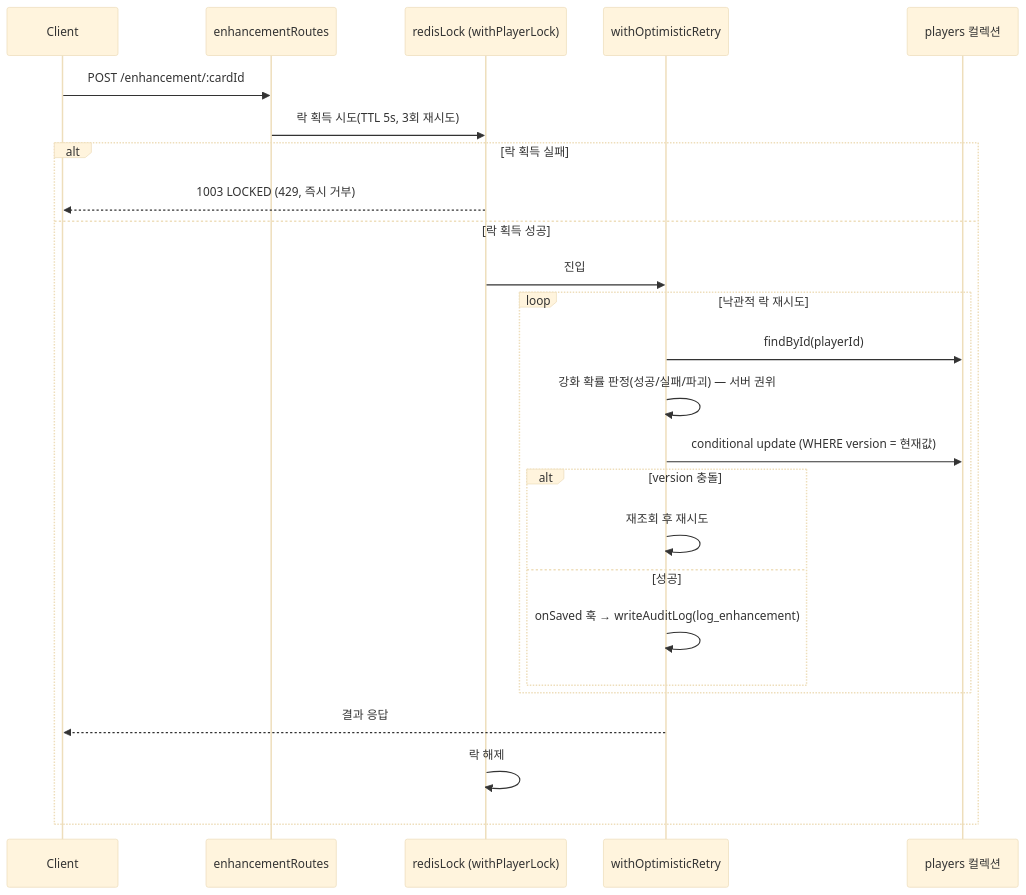
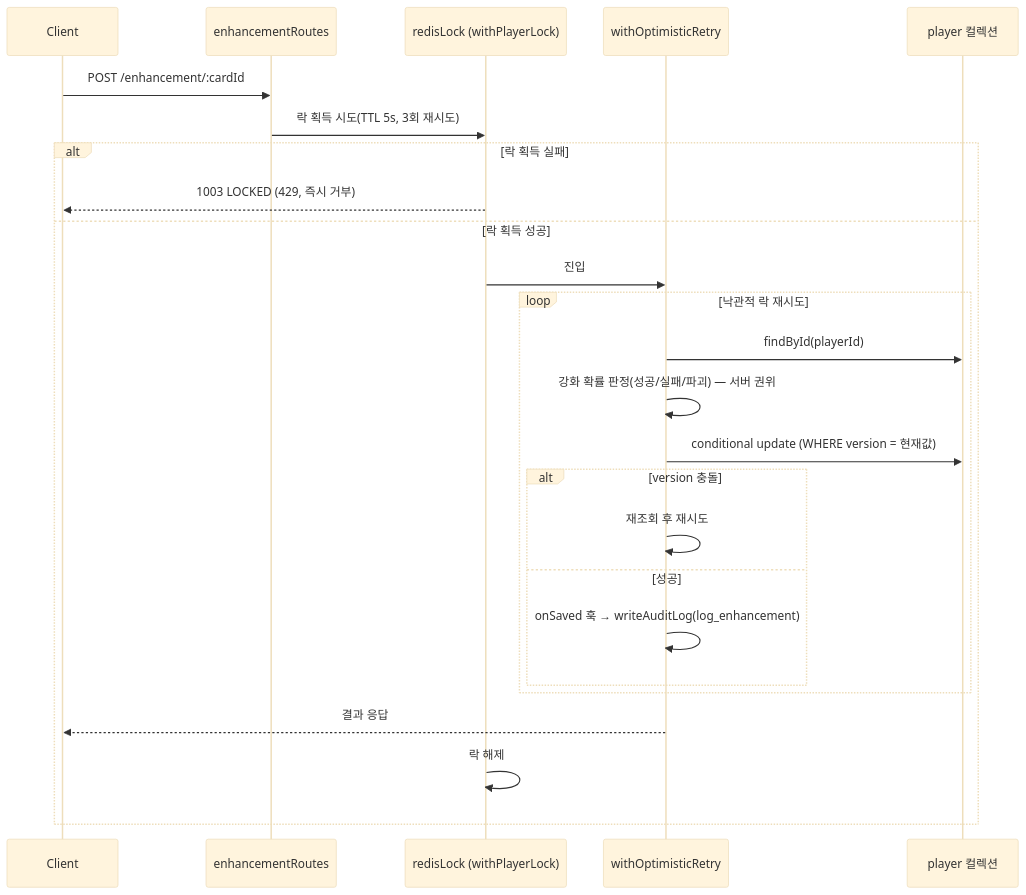
One commit to trisakion0500/enhance-or-bust changed the diagram in docs/06_ENHANCEMENT_SYNTHESIS_SCENARIO.md. Above: the diagram before and after it, drawn with Mermaid (base theme). The commit also changed other lines of this file and 26 other files, not shown here.

Commit message:
출석부 로테이션 in-place 리셋 재설계, 신규/복귀유저 대상 출석부 추가, gm_platform 출석 감사로그 조회 API 신규, 런타임 쓰기 컬렉션에 player_ 프리픽스 부여(players/mailbox/coupon_redemptions/attendance_instances -> player/player_mailbox/player_coupon/player_attendance)

````diff
--- a/docs/06_ENHANCEMENT_SYNTHESIS_SCENARIO.md
+++ b/docs/06_ENHANCEMENT_SYNTHESIS_SCENARIO.md
@@ -20,28 +20,28 @@
 ```mermaid
 sequenceDiagram
     participant C as Client
     participant R as enhancementRoutes
     participant L as redisLock (withPlayerLock)
     participant O as withOptimisticRetry
-    participant P as players 컬렉션
+    participant P as player 컬렉션
 
     C->>R: POST /enhancement/:cardId
     R->>L: 락 획득 시도(TTL 5s, 3회 재시도)
     alt 락 획득 실패
         L-->>C: 1003 LOCKED (429, 즉시 거부)
     else 락 획득 성공
         L->>O: 진입
         loop 낙관적 락 재시도
             O->>P: findById(playerId)
             O->>O: 강화 확률 판정(성공/실패/파괴) — 서버 권위
             O->>P: conditional update (WHERE version = 현재값)
             alt version 충돌
                 O->>O: 재조회 후 재시도
             else 성공
                 O->>O: onSaved 훅 → writeAuditLog(log_enhancement)
             end
         end
         O-->>C: 결과 응답
         L->>L: 락 해제
     end
 ```
````
